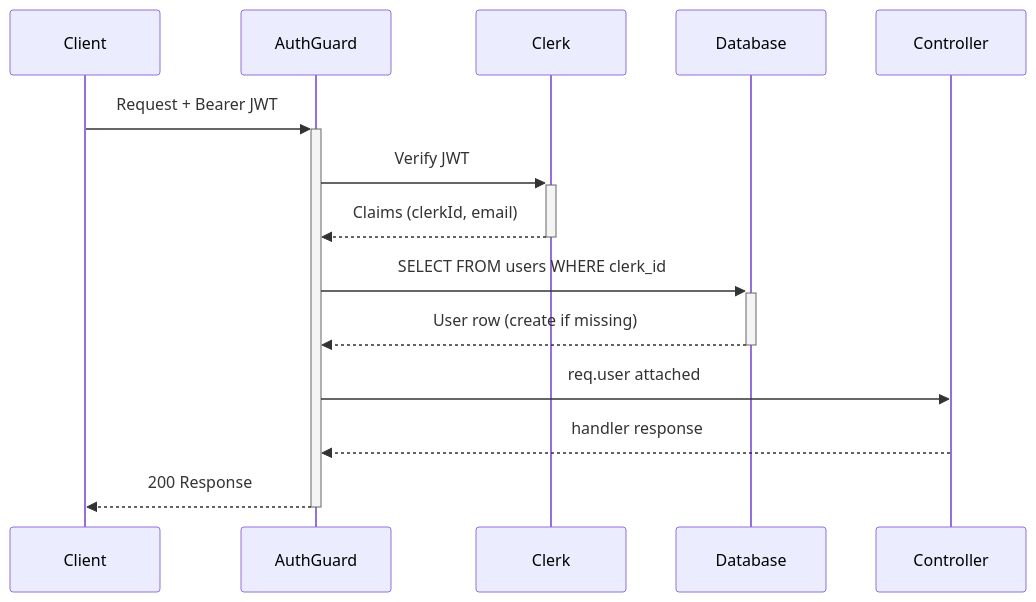
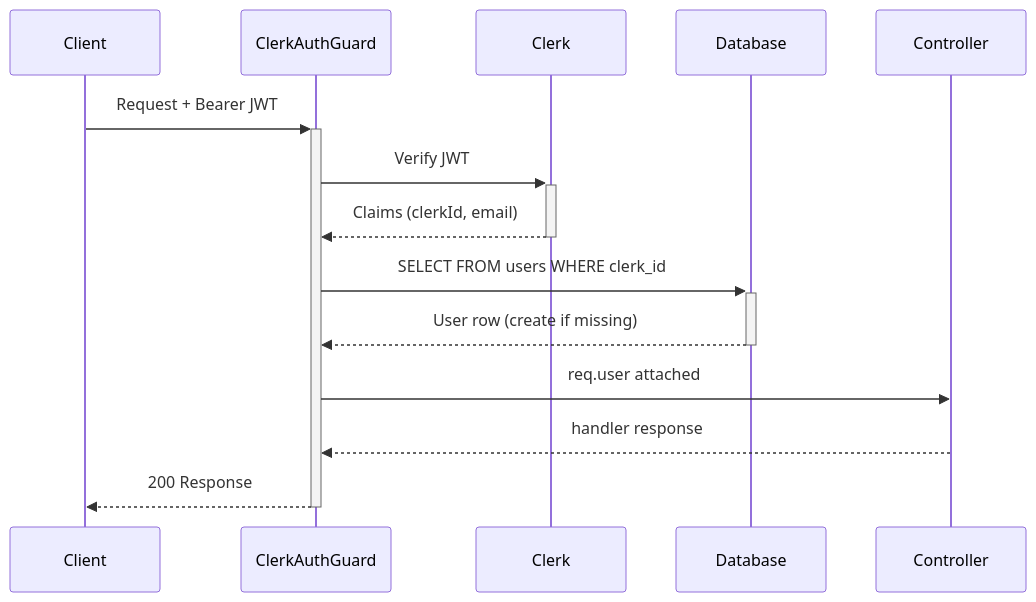
Before and after one commit to linea-org/linea-mvp: the diagram in apps/docs/content/docs/architecture/auth.mdx, drawn with Mermaid. The commit also changed other lines of this file and 209 other files, not shown here.

````diff
--- a/apps/docs/content/docs/architecture/auth.mdx
+++ b/apps/docs/content/docs/architecture/auth.mdx
@@ -30,17 +31,17 @@
 ```mermaid
 sequenceDiagram
   participant C as Client
-  participant A as AuthGuard
+  participant A as ClerkAuthGuard
   participant Cl as Clerk
   participant DB as Database
   participant Ctrl as Controller
 
   C->>+A: Request + Bearer JWT
   A->>+Cl: Verify JWT
   Cl-->>-A: Claims (clerkId, email)
   A->>+DB: SELECT FROM users WHERE clerk_id
   DB-->>-A: User row (create if missing)
   A->>Ctrl: req.user attached
   Ctrl-->>A: handler response
   A-->>-C: 200 Response
 ```
````
